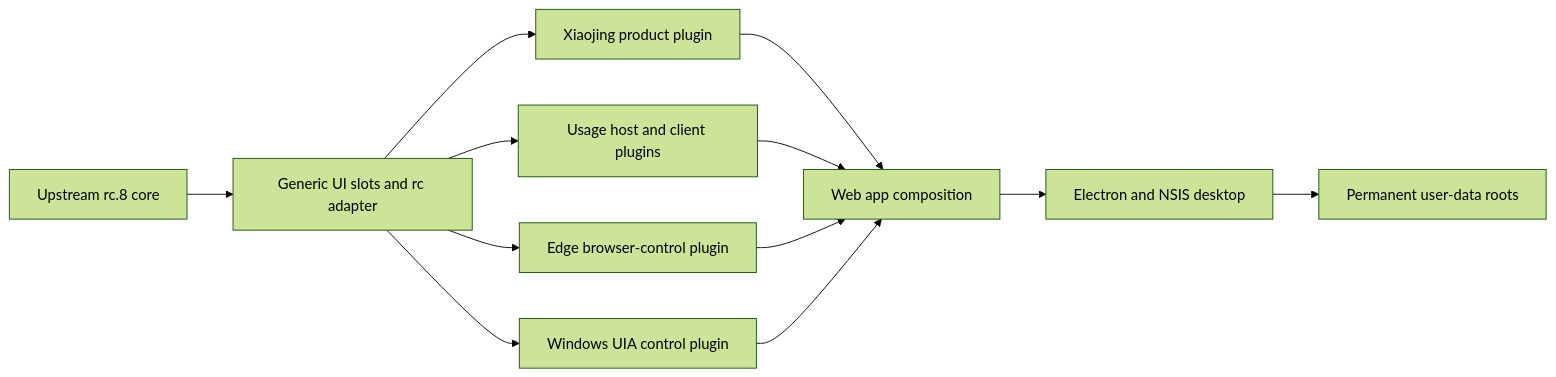
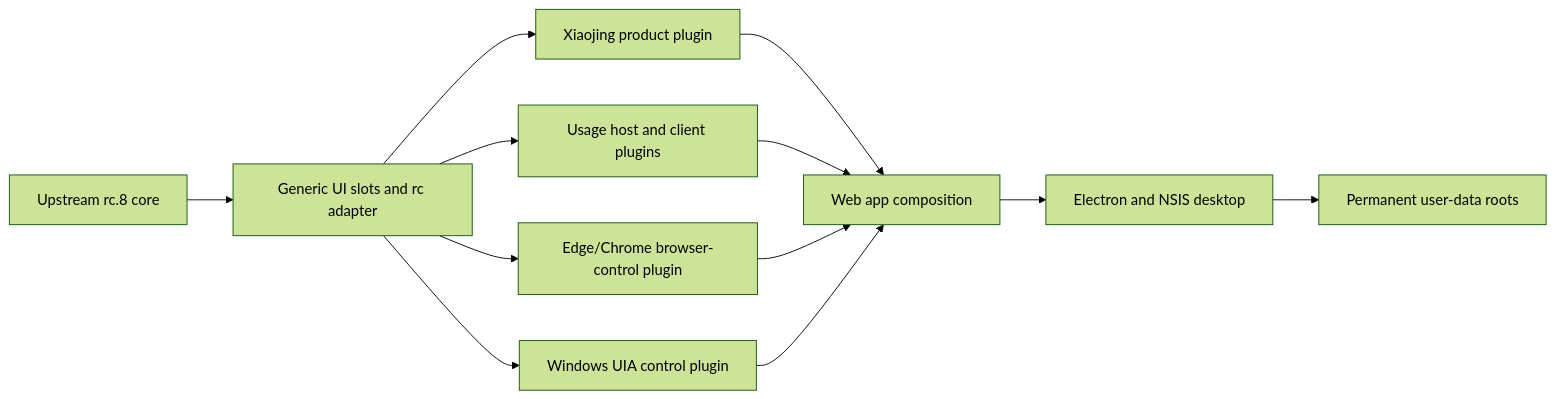
The diagram in docs/xiaojing-product-development.md (yyshi127/sudotech_agent_harness), drawn with Mermaid (forest theme) before and after one commit. The commit also changed other lines of this file and 135 other files, not shown here.

````diff
--- a/docs/xiaojing-product-development.md
+++ b/docs/xiaojing-product-development.md
@@ -30,14 +30,14 @@
 ```mermaid
 flowchart LR
   Upstream["Upstream rc.8 core"] --> Adapters["Generic UI slots and rc adapter"]
   Adapters --> Product["Xiaojing product plugin"]
   Adapters --> Usage["Usage host and client plugins"]
-  Adapters --> Browser["Edge browser-control plugin"]
+  Adapters --> Browser["Edge/Chrome browser-control plugin"]
   Adapters --> Computer["Windows UIA control plugin"]
   Product --> Bundle["Web app composition"]
   Usage --> Bundle
   Browser --> Bundle
   Computer --> Bundle
   Bundle --> Desktop["Electron and NSIS desktop"]
   Desktop --> Data["Permanent user-data roots"]
 ```
````
